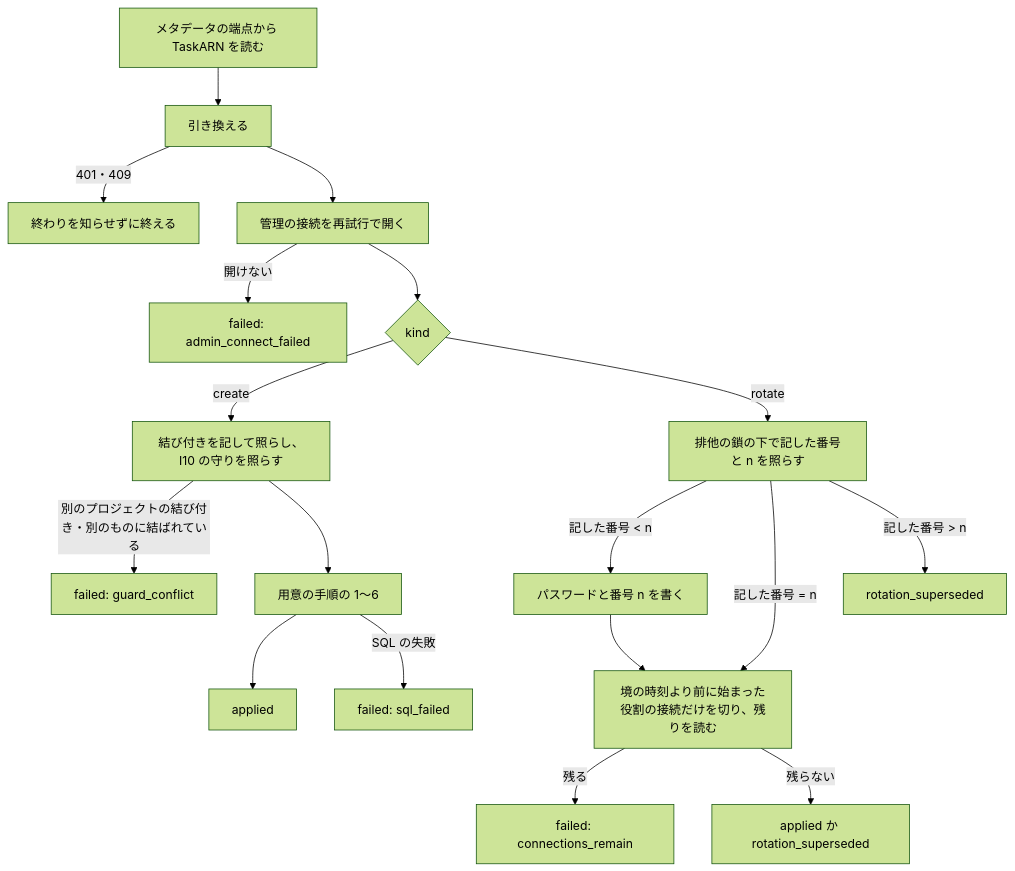
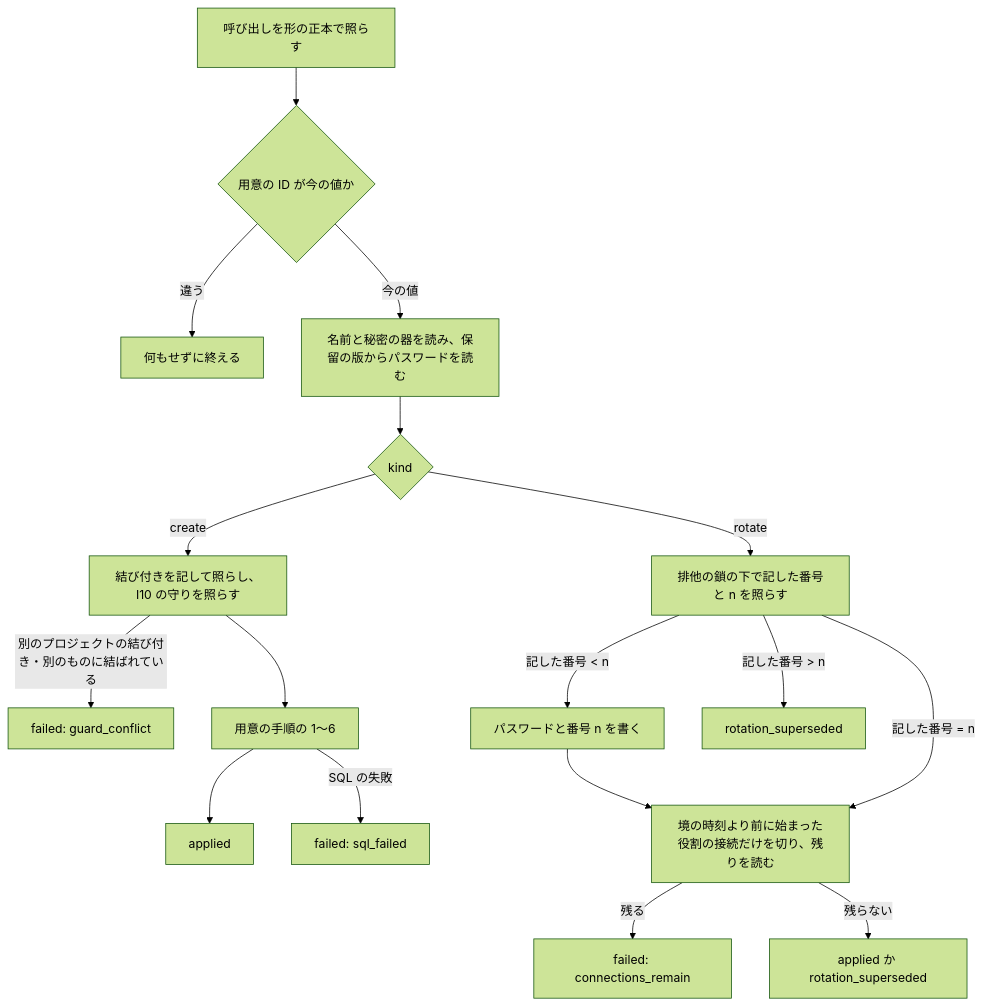
Before and after one commit to devbasex/nd-factory: the third of 3 diagrams in issues/issue-13-design.md, drawn with Mermaid (forest theme). The commit also changed other lines of this file and 1 other file, not shown here.

````diff
--- a/issues/issue-13-design.md
+++ b/issues/issue-13-design.md
@@ -195,19 +185,18 @@
 ```mermaid
 flowchart TD
-    A[メタデータの端点から TaskARN を読む] --> B[引き換える]
-    B -->|401・409| X[終わりを知らせずに終える]
-    B --> C[管理の接続を再試行で開く]
-    C -->|開けない| F1[failed: admin_connect_failed]
+    A[呼び出しを形の正本で照らす] --> B{用意の ID が今の値か}
+    B -->|違う| X[何もせずに終える]
+    B -->|今の値| C[名前と秘密の器を読み、保留の版からパスワードを読む]
     C --> D{kind}
     D -->|create| G[結び付きを記して照らし、I10 の守りを照らす]
-    G -->|別のプロジェクトの結び付き・別のものに結ばれている| F2[failed: guard_conflict]
+    G -->|別のプロジェクトの結び付き・別のものに結ばれている| F2["failed: guard_conflict"]
     G --> H[用意の手順の 1〜6]
     H --> OK[applied]
+    H -->|SQL の失敗| F4["failed: sql_failed"]
     D -->|rotate| R[排他の鎖の下で記した番号と n を照らす]
     R -->|記した番号 < n| W[パスワードと番号 n を書く] --> K[境の時刻より前に始まった役割の接続だけを切り、残りを読む]
     R -->|記した番号 = n| K
     R -->|記した番号 > n| S[rotation_superseded]
-    K -->|残る| F3[failed: connections_remain]
+    K -->|残る| F3["failed: connections_remain"]
     K -->|残らない| OK2[applied か rotation_superseded]
-    H -->|SQL の失敗| F4[failed: sql_failed]
 ```
````
